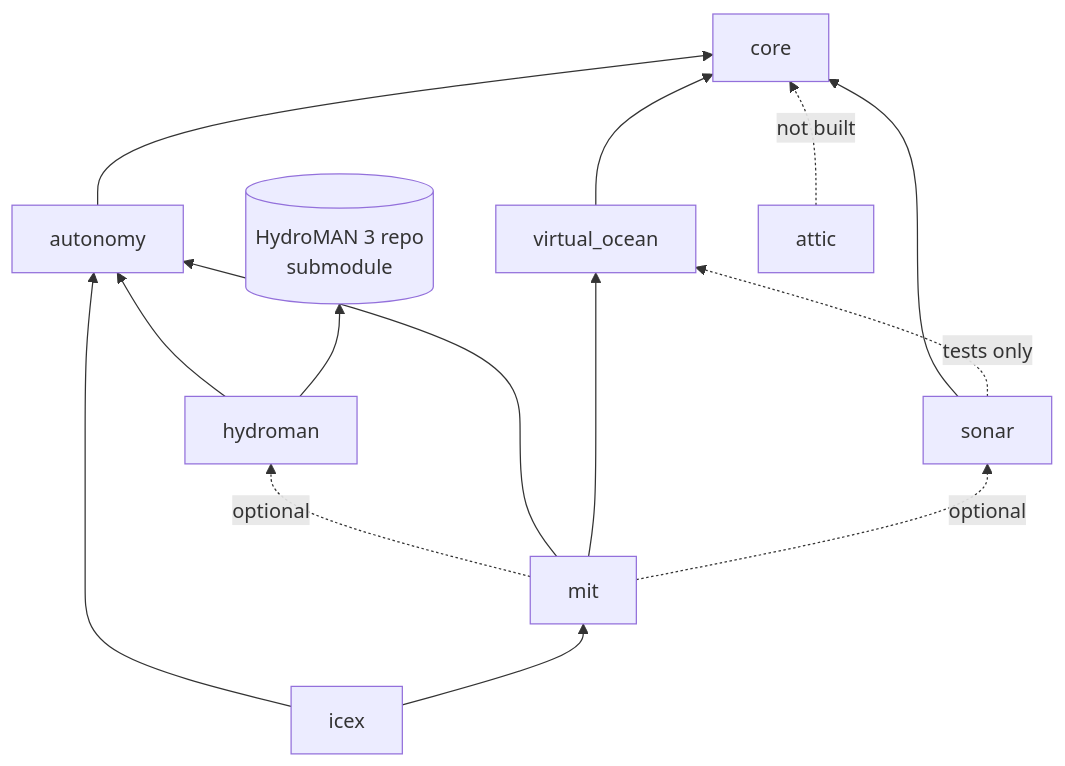
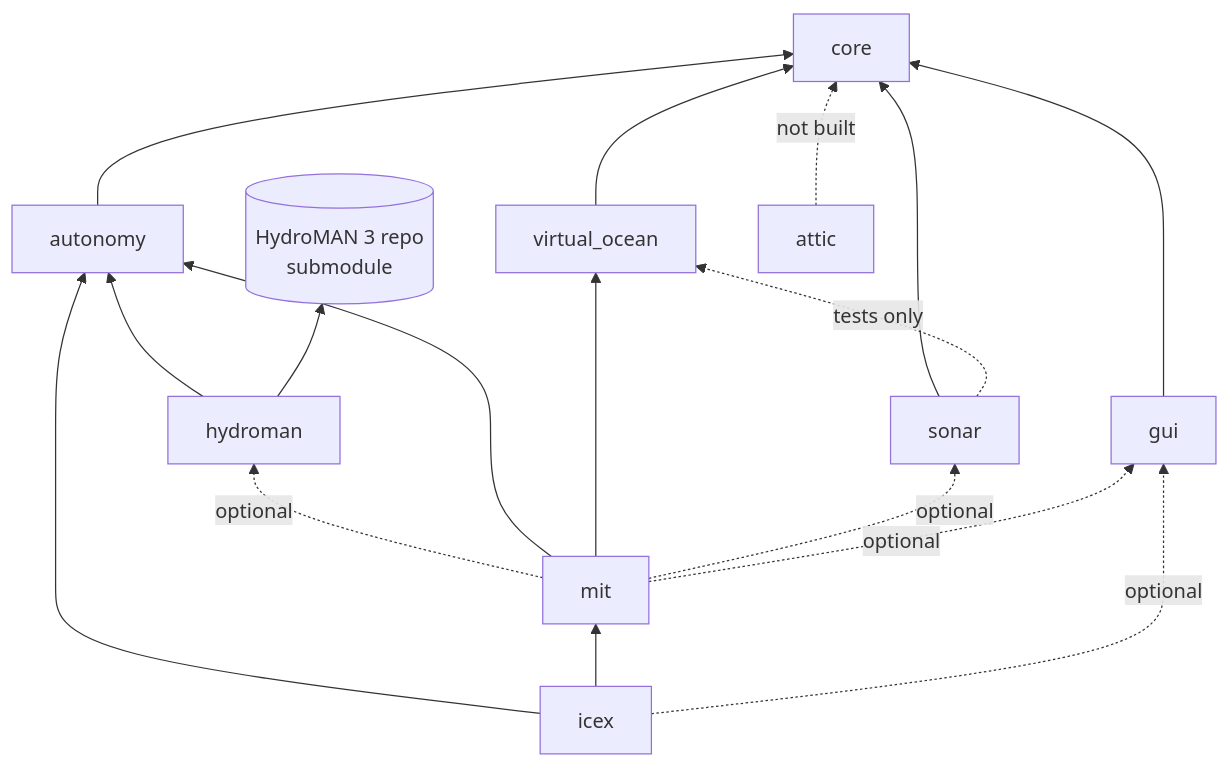
Before and after one commit to GobySoft/lamss3: the second of 2 diagrams in core/src/doc/plan/claude/02-repository-layout-and-build.md, drawn with Mermaid. The commit also changed other lines of this file and 9 other files, not shown here.

````diff
--- a/core/src/doc/plan/claude/02-repository-layout-and-build.md
+++ b/core/src/doc/plan/claude/02-repository-layout-and-build.md
@@ -111,17 +112,20 @@
 ```mermaid
 flowchart BT
   core
   autonomy --> core
   virtual_ocean --> core
   sonar --> core
   sonar -.tests only.-> virtual_ocean
   hydroman --> autonomy
   hydroman --> upstream[(HydroMAN 3 repo<br/>submodule)]
   mit -.optional.-> hydroman
   mit --> autonomy
   mit --> virtual_ocean
   mit -.optional.-> sonar
+  mit -.optional.-> gui
+  gui --> core
   icex --> autonomy
   icex --> mit
+  icex -.optional.-> gui
   attic -.not built.-> core
 ```
````
